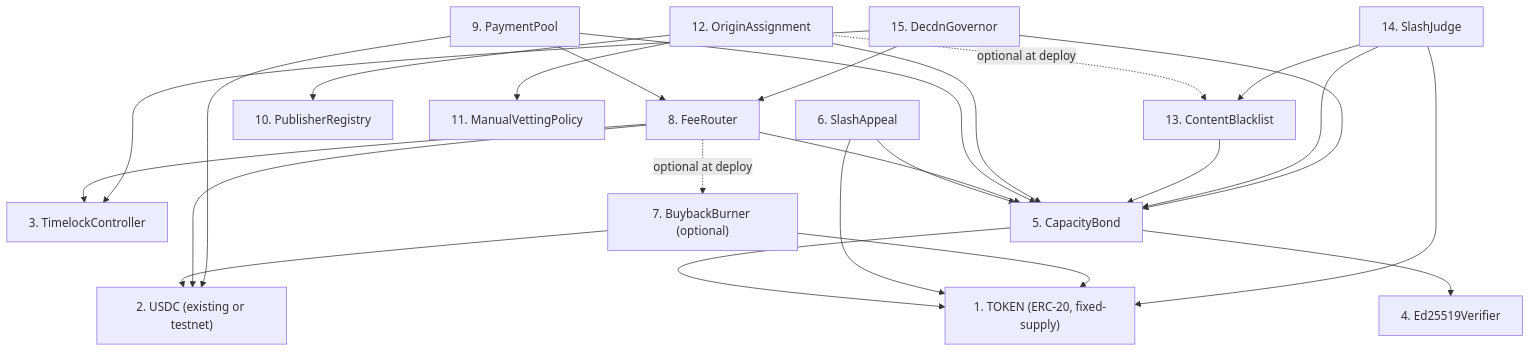
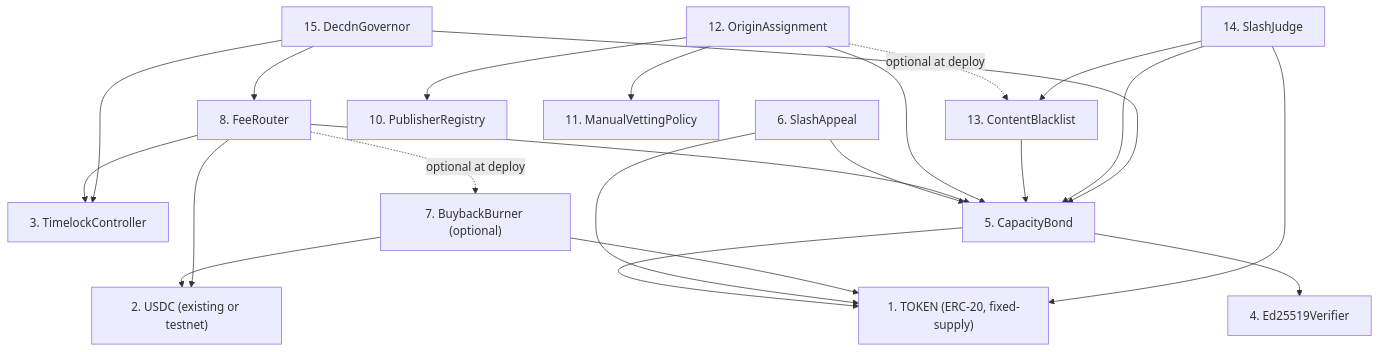
One commit to decdn/decdn changed the second of 5 diagrams in adr/016-contract-interactions.md. Above: the diagram before and after it, drawn with Mermaid. The commit also changed other lines of this file and 25 other files, not shown here.

````diff
--- a/adr/016-contract-interactions.md
+++ b/adr/016-contract-interactions.md
@@ -259,43 +326,39 @@
 ```mermaid
 graph TD
     TOKEN["1. TOKEN (ERC-20, fixed-supply)"]
     USDC["2. USDC (existing or testnet)"]
     TL["3. TimelockController"]
     ED["4. Ed25519Verifier"]
     CBOND["5. CapacityBond"]
     SA["6. SlashAppeal"]
     BB["7. BuybackBurner (optional)"]
     FR["8. FeeRouter"]
-    SPC["9. PaymentPool"]
     PR["10. PublisherRegistry"]
     MVP["11. ManualVettingPolicy"]
     OA["12. OriginAssignment"]
     CB["13. ContentBlacklist"]
     SJ["14. SlashJudge"]
     GOV["15. DecdnGovernor"]
 
     CBOND --> TOKEN
     CBOND --> ED
     SA --> TOKEN
     SA --> CBOND
     BB --> TOKEN
     BB --> USDC
     FR --> USDC
     FR --> TL
     FR --> CBOND
     FR -.->|"optional at deploy"| BB
-    SPC --> USDC
-    SPC --> CBOND
-    SPC --> FR
     OA --> CBOND
     OA --> PR
     OA -.->|"optional at deploy"| CB
     OA --> MVP
     CB --> CBOND
     SJ --> CBOND
     SJ --> TOKEN
     SJ --> CB
     GOV --> CBOND
     GOV --> FR
     GOV --> TL
 ```
````
